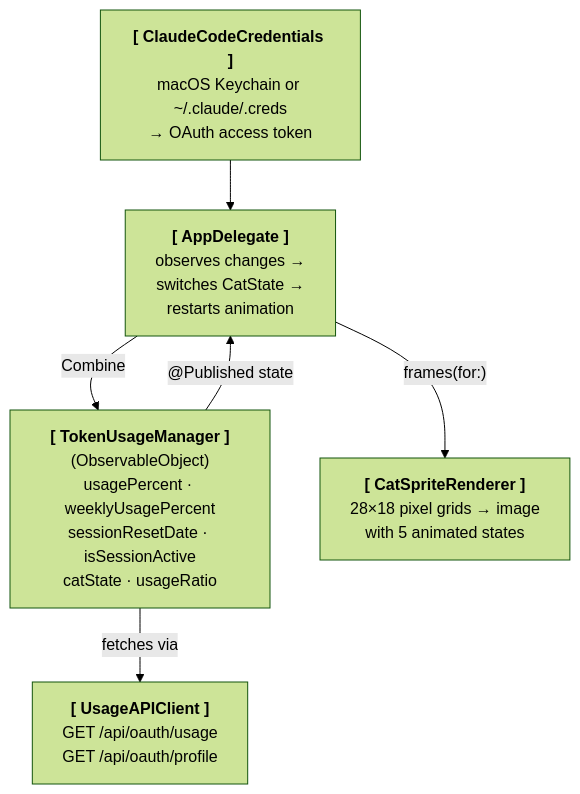
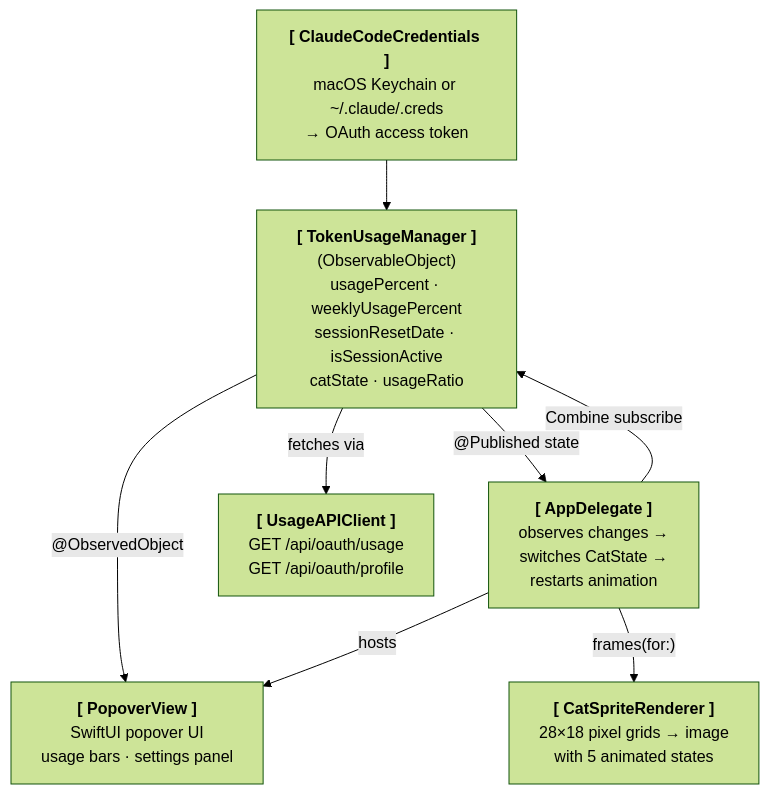
The diagram in README.md (lylaminju/claude-token-cat), drawn with Mermaid (forest theme) before and after one commit. The commit also changed other lines of this file, not shown here.

Commit message:
docs: add prerequisites section and update architecture diagram
- Move CLI setup and Keychain permission note above install options
- Add PopoverView to architecture diagram
- Fix credential flow direction (Creds → TokenUsageManager)

````diff
--- a/README.md
+++ b/README.md
@@ -105,21 +108,26 @@
 ```mermaid
 graph TD
     Creds["<b>[ ClaudeCodeCredentials ]</b><br>macOS Keychain or ~/.claude/.creds<br>→ OAuth access token"]
 
-    Creds --> AppDelegate
+    Creds --> TokenUsageManager
 
     TokenUsageManager["<b>[ TokenUsageManager ]</b><br>(ObservableObject)<br>usagePercent · weeklyUsagePercent<br>sessionResetDate · isSessionActive<br>catState · usageRatio"]
 
     TokenUsageManager -- "@Published state" --> AppDelegate
-    AppDelegate -- "Combine" --> TokenUsageManager
+    AppDelegate -- "Combine subscribe" --> TokenUsageManager
+
+    TokenUsageManager -- "fetches via" --> UsageAPIClient
+
+    TokenUsageManager -- "@ObservedObject" --> PopoverView
 
     AppDelegate["<b>[ AppDelegate ]</b><br>observes changes →<br>switches CatState →<br>restarts animation"]
 
+    AppDelegate -- "hosts" --> PopoverView
     AppDelegate -- "frames(for:)" --> CatSpriteRenderer
 
-    TokenUsageManager -- "fetches via" --> UsageAPIClient
+    PopoverView["<b>[ PopoverView ]</b><br>SwiftUI popover UI<br>usage bars · settings panel"]
 
     UsageAPIClient["<b>[ UsageAPIClient ]</b><br>GET /api/oauth/usage<br>GET /api/oauth/profile"]
 
     CatSpriteRenderer["<b>[ CatSpriteRenderer ]</b><br>28×18 pixel grids → image<br>with 5 animated states"]
 ```
````
